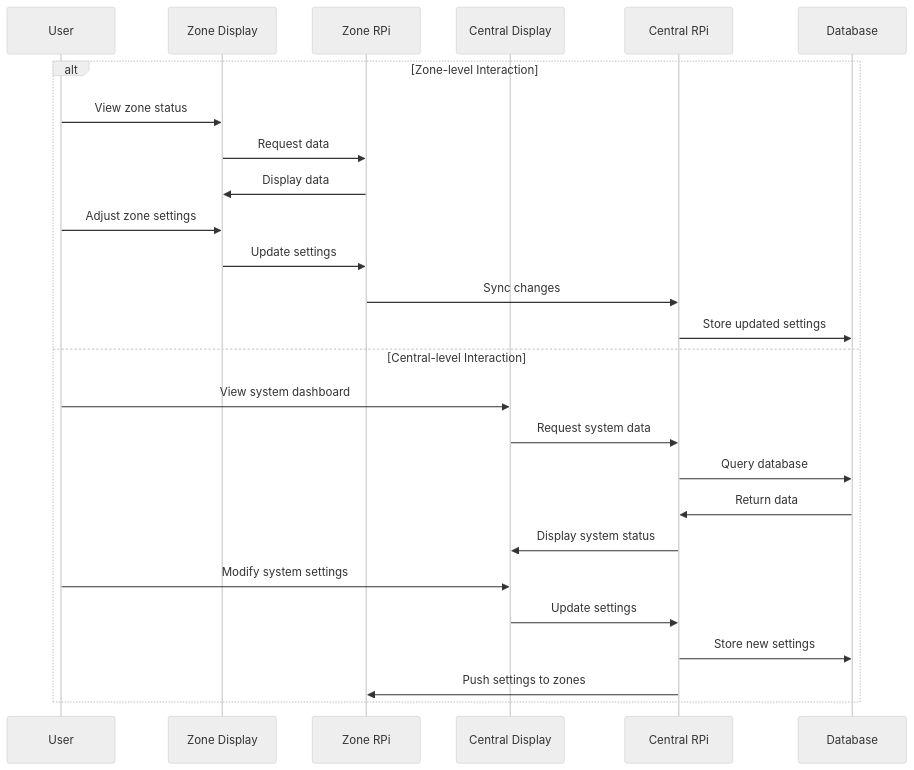
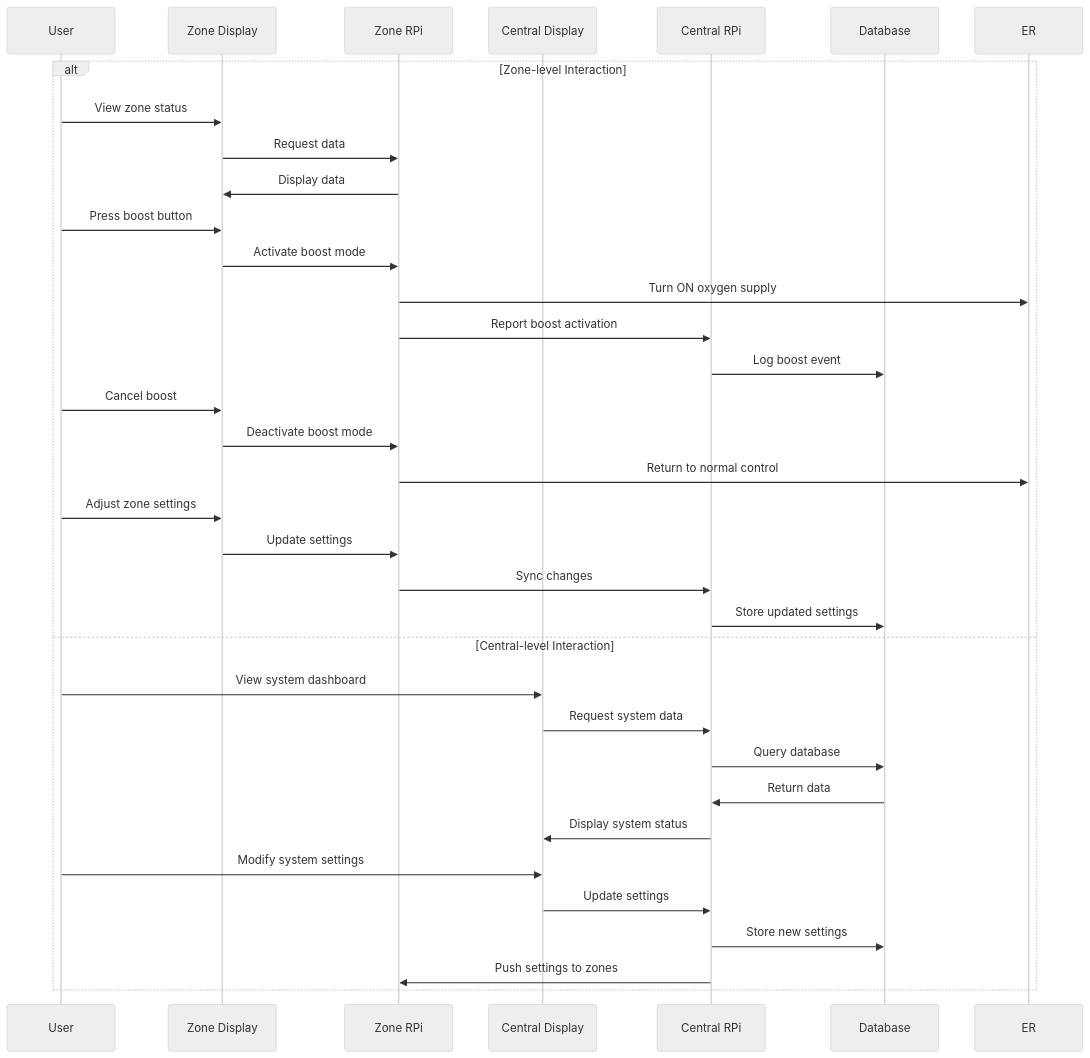
One commit to adityatripathi05/Oxygen-Enrichment-System changed the seventh of 8 diagrams in docs/design_plan.md. Above: the diagram before and after it, drawn with Mermaid (neutral theme). The commit also changed other lines of this file, not shown here.

````diff
--- a/docs/design_plan.md
+++ b/docs/design_plan.md
@@ -318,31 +531,41 @@
 ```mermaid
 sequenceDiagram
     participant User
     participant ZD as Zone Display
     participant ZRP as Zone RPi
     participant CD as Central Display
     participant CRP as Central RPi
     participant DB as Database
     
     alt Zone-level Interaction
         User->>ZD: View zone status
         ZD->>ZRP: Request data
         ZRP->>ZD: Display data
+        
+        User->>ZD: Press boost button
+        ZD->>ZRP: Activate boost mode
+        ZRP->>ER: Turn ON oxygen supply
+        ZRP->>CRP: Report boost activation
+        CRP->>DB: Log boost event
+        
+        User->>ZD: Cancel boost
+        ZD->>ZRP: Deactivate boost mode
+        ZRP->>ER: Return to normal control
         
         User->>ZD: Adjust zone settings
         ZD->>ZRP: Update settings
         ZRP->>CRP: Sync changes
         CRP->>DB: Store updated settings
     else Central-level Interaction
         User->>CD: View system dashboard
         CD->>CRP: Request system data
         CRP->>DB: Query database
         DB->>CRP: Return data
         CRP->>CD: Display system status
         
         User->>CD: Modify system settings
         CD->>CRP: Update settings
         CRP->>DB: Store new settings
         CRP->>ZRP: Push settings to zones
     end
 ```
````
